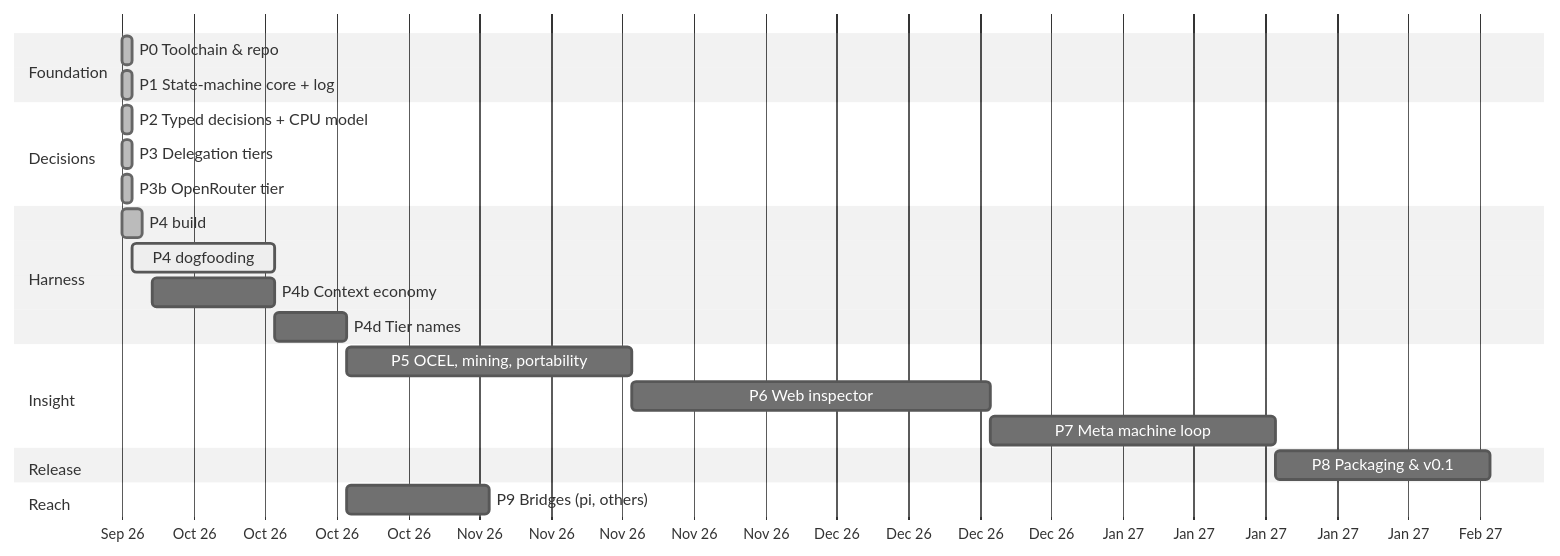
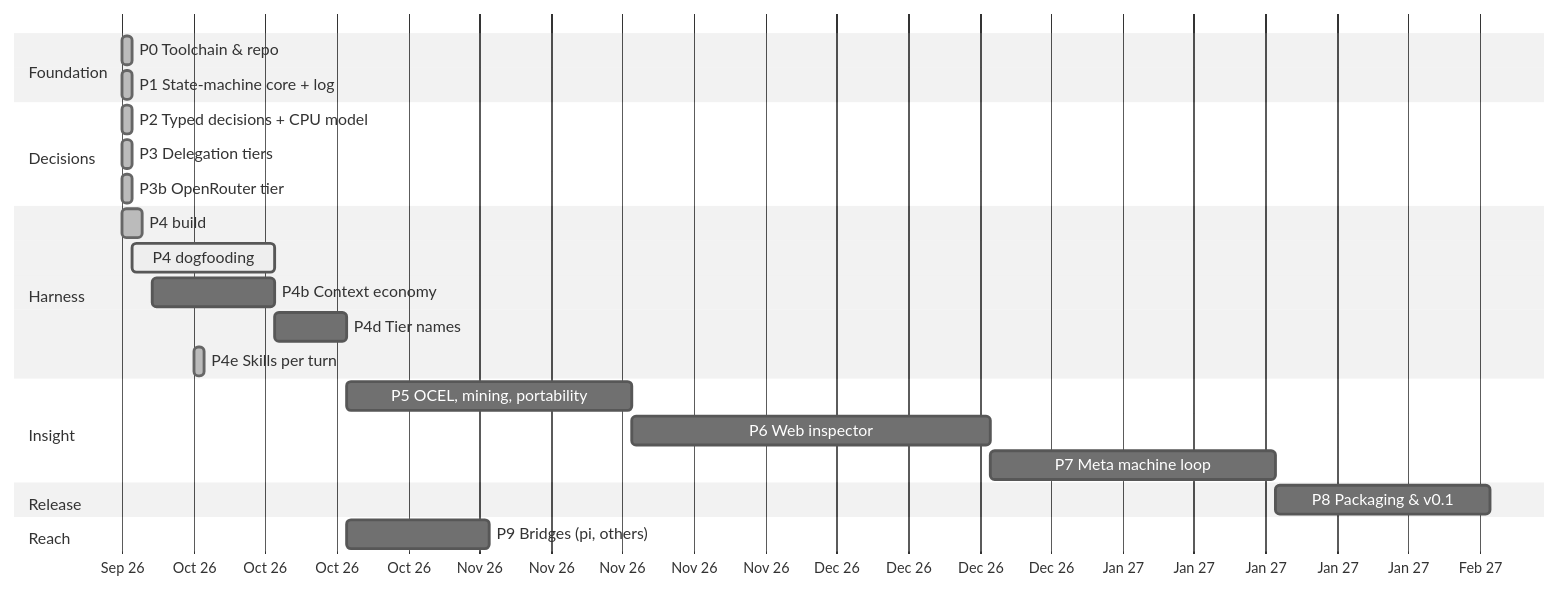
Before and after one commit to romeroabelleira/xeito: the diagram in docs/implementation-plan.md, drawn with Mermaid (neutral theme). The commit also changed other lines of this file and 13 other files, not shown here.

First line of the commit message:
P4e: the user's skills are chosen per turn, not listed in every prompt

````diff
--- a/docs/implementation-plan.md
+++ b/docs/implementation-plan.md
@@ -36,25 +37,26 @@
 ```mermaid
 gantt
   dateFormat YYYY-MM-DD
   axisFormat %b %y
   section Foundation
   P0 Toolchain & repo            :done, p0, 2026-09-27, 1d
   P1 State-machine core + log    :done, p1, 2026-09-27, 1d
   section Decisions
   P2 Typed decisions + CPU model :done, p2, 2026-09-27, 1d
   P3 Delegation tiers            :done, p3, 2026-09-27, 1d
   P3b OpenRouter tier            :done, p3b, 2026-09-27, 1d
   section Harness
   P4 build                       :done, p4b, 2026-09-27, 2d
   P4 dogfooding                  :active, p4d, 2026-09-28, 2w
   P4b Context economy            :p4b, 2026-09-30, 12d
   P4d Tier names                 :p4d, 2026-10-12, 1w
+  P4e Skills per turn            :done, p4e, 2026-10-04, 1d
   section Insight
   P5 OCEL, mining, portability   :p5, after p4d, 4w
   P6 Web inspector               :p6, after p5, 5w
   P7 Meta machine loop           :p7, after p6, 4w
   section Release
   P8 Packaging & v0.1            :p8, after p7, 3w
   section Reach
   P9 Bridges (pi, others)        :p9, after p4d, 2w
 ```
````
